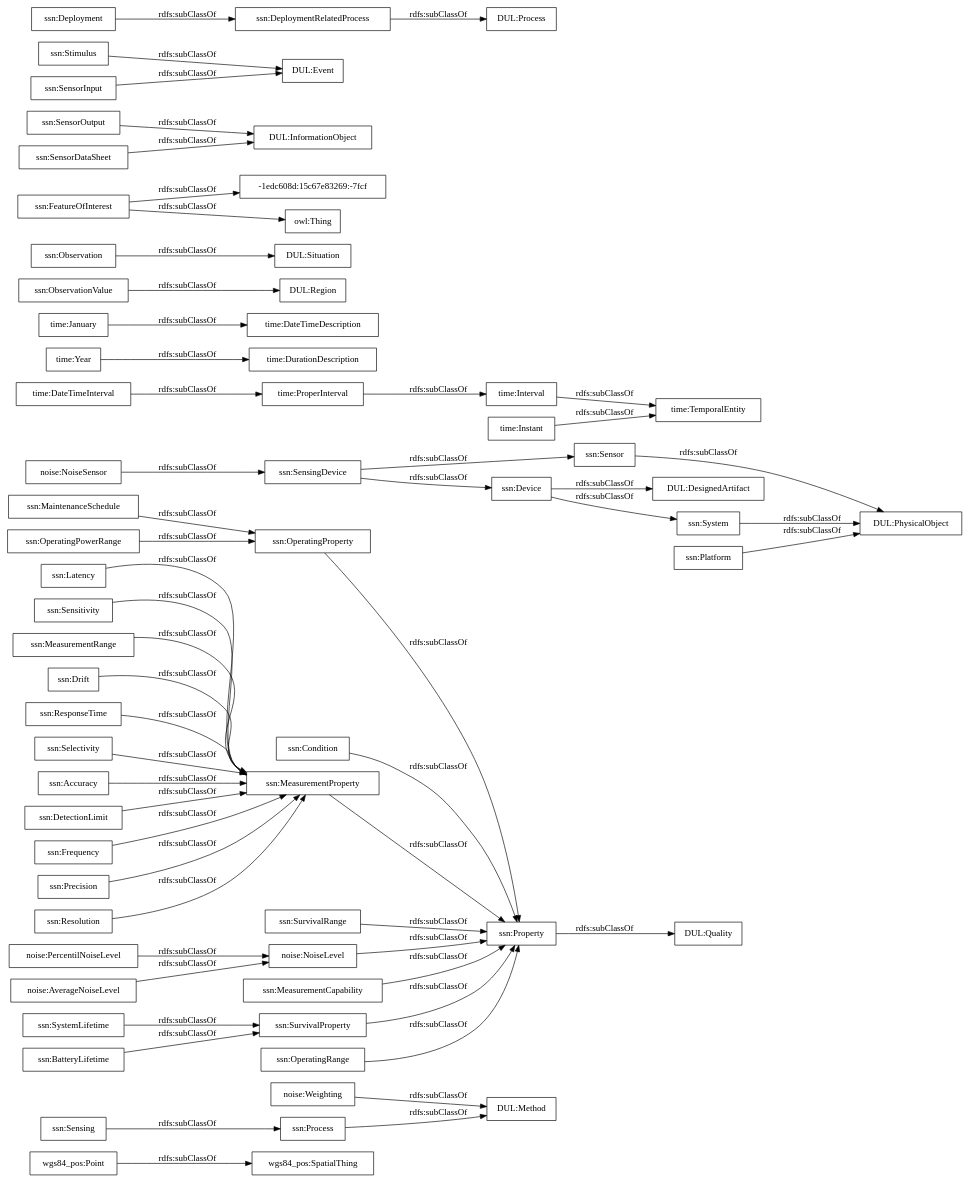
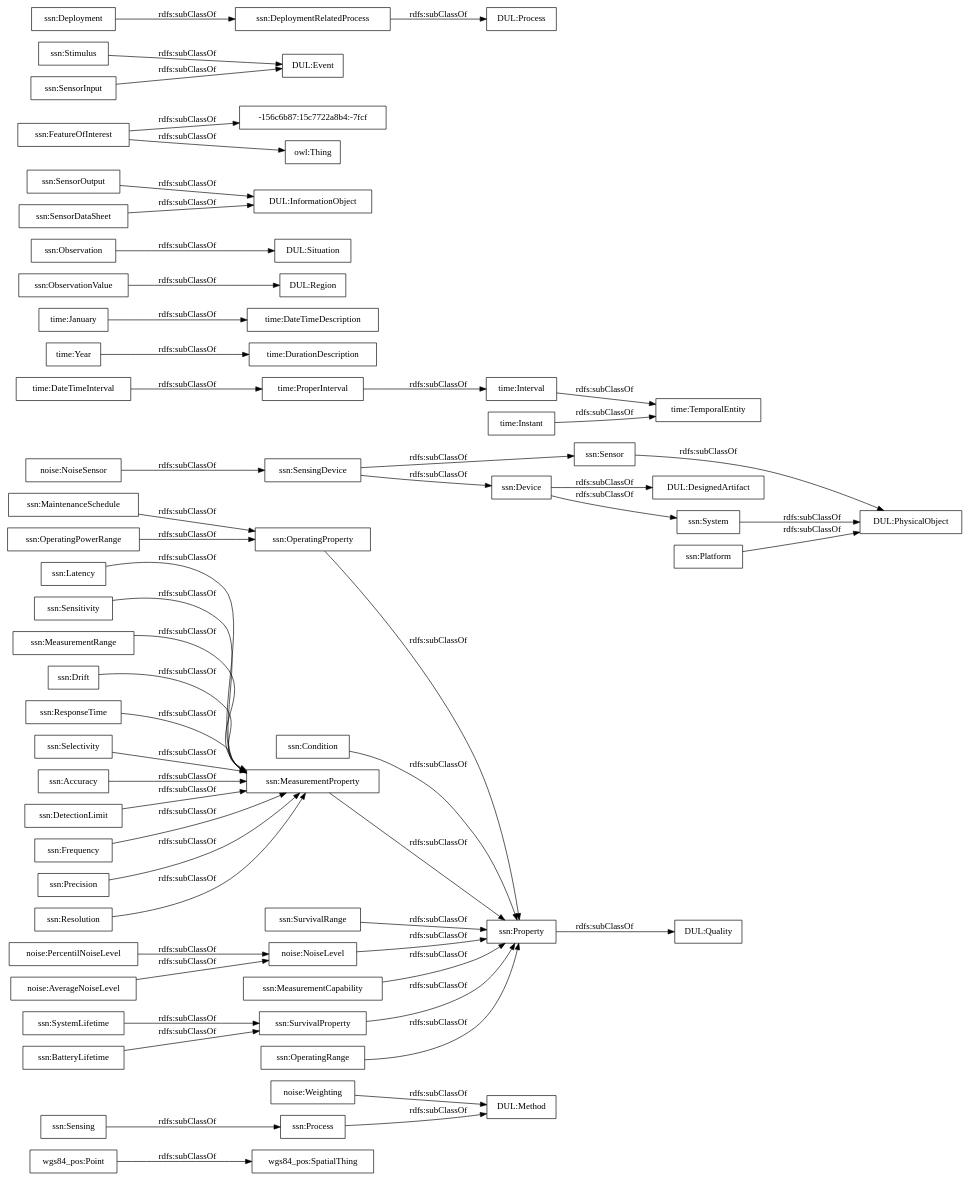
One commit to paoespinozarias/ContaminacionAcustica-Ontology changed the diagram in OnToology/contaminacion-acustica.owl/diagrams/ar2dtool-taxonomy/contaminacion-acustica.owl.png.dot. Above: the diagram before and after it, drawn with Graphviz. The commit also changed 6 other files, not shown here.

```diff
--- a/OnToology/contaminacion-acustica.owl/diagrams/ar2dtool-taxonomy/contaminacion-acustica.owl.png.dot
+++ b/OnToology/contaminacion-acustica.owl/diagrams/ar2dtool-taxonomy/contaminacion-acustica.owl.png.dot
@@ -1,60 +1,60 @@
 digraph ar2dtool_diagram { 
 rankdir=LR;
 size="1000"
-node [shape = rectangle, color="black"]; "wgs84_pos:SpatialThing" "wgs84_pos:Point" "noise:Weighting" "noise:PercentilNoiseLevel" "noise:NoiseSensor" "noise:NoiseLevel" "noise:AverageNoiseLevel" "time:DateTimeInterval" "time:DurationDescription" "time:January" "time:ProperInterval" "time:Interval" "time:TemporalEntity" "time:Year" "time:DateTimeDescription" "time:Instant" "ssn:Accuracy" "ssn:DetectionLimit" "ssn:Frequency" "ssn:Condition" "DUL:Region" "DUL:Situation" "DUL:PhysicalObject" "-1edc608d:15c67e83269:-7fcf" "ssn:SensorOutput" "ssn:Precision" "ssn:Resolution" "DUL:Quality" "ssn:FeatureOfInterest" "ssn:Sensor" "DUL:InformationObject" "ssn:OperatingProperty" "DUL:Event" "ssn:OperatingPowerRange" "DUL:Method" "ssn:MaintenanceSchedule" "ssn:Sensing" "ssn:Latency" "ssn:SurvivalRange" "ssn:SensingDevice" "DUL:DesignedArtifact" "ssn:Sensitivity" "ssn:Stimulus" "DUL:Process" "ssn:MeasurementRange" "ssn:System" "ssn:SystemLifetime" "ssn:Property" "ssn:MeasurementProperty" "ssn:Process" "ssn:Deployment" "ssn:MeasurementCapability" "ssn:BatteryLifetime" "ssn:Drift" "ssn:DeploymentRelatedProcess" "ssn:SensorInput" "ssn:ResponseTime" "ssn:ObservationValue" "ssn:SensorDataSheet" "ssn:Observation" "ssn:Selectivity" "ssn:SurvivalProperty" "ssn:Device" "ssn:OperatingRange" "ssn:Platform" ; /*classes style*/
+node [shape = rectangle, color="black"]; "wgs84_pos:SpatialThing" "wgs84_pos:Point" "noise:Weighting" "noise:PercentilNoiseLevel" "noise:NoiseSensor" "noise:NoiseLevel" "noise:AverageNoiseLevel" "time:DateTimeInterval" "time:DurationDescription" "time:January" "time:ProperInterval" "time:Interval" "time:TemporalEntity" "time:Year" "time:DateTimeDescription" "time:Instant" "ssn:Accuracy" "ssn:DetectionLimit" "ssn:Frequency" "ssn:Condition" "DUL:Region" "DUL:Situation" "DUL:PhysicalObject" "ssn:SensorOutput" "ssn:Precision" "ssn:Resolution" "DUL:Quality" "ssn:FeatureOfInterest" "ssn:Sensor" "DUL:InformationObject" "ssn:OperatingProperty" "DUL:Event" "ssn:OperatingPowerRange" "DUL:Method" "ssn:MaintenanceSchedule" "ssn:Sensing" "ssn:Latency" "ssn:SurvivalRange" "ssn:SensingDevice" "DUL:DesignedArtifact" "ssn:Sensitivity" "ssn:Stimulus" "DUL:Process" "ssn:MeasurementRange" "ssn:System" "ssn:SystemLifetime" "ssn:Property" "ssn:MeasurementProperty" "ssn:Process" "ssn:Deployment" "ssn:MeasurementCapability" "ssn:BatteryLifetime" "-156c6b87:15c7722a8b4:-7fcf" "ssn:Drift" "ssn:DeploymentRelatedProcess" "ssn:SensorInput" "ssn:ResponseTime" "ssn:ObservationValue" "ssn:SensorDataSheet" "ssn:Observation" "ssn:Selectivity" "ssn:SurvivalProperty" "ssn:Device" "ssn:OperatingRange" "ssn:Platform" ; /*classes style*/
 	"noise:AverageNoiseLevel" -> "noise:NoiseLevel" [ label = "rdfs:subClassOf" ];
 	"ssn:Deployment" -> "ssn:DeploymentRelatedProcess" [ label = "rdfs:subClassOf" ];
 	"ssn:SensingDevice" -> "ssn:Sensor" [ label = "rdfs:subClassOf" ];
 	"ssn:SensingDevice" -> "ssn:Device" [ label = "rdfs:subClassOf" ];
 	"ssn:DeploymentRelatedProcess" -> "DUL:Process" [ label = "rdfs:subClassOf" ];
 	"ssn:Accuracy" -> "ssn:MeasurementProperty" [ label = "rdfs:subClassOf" ];
 	"time:Instant" -> "time:TemporalEntity" [ label = "rdfs:subClassOf" ];
 	"ssn:FeatureOfInterest" -> "owl:Thing" [ label = "rdfs:subClassOf" ];
-	"ssn:FeatureOfInterest" -> "-1edc608d:15c67e83269:-7fcf" [ label = "rdfs:subClassOf" ];
+	"ssn:FeatureOfInterest" -> "-156c6b87:15c7722a8b4:-7fcf" [ label = "rdfs:subClassOf" ];
 	"ssn:Latency" -> "ssn:MeasurementProperty" [ label = "rdfs:subClassOf" ];
 	"ssn:Process" -> "DUL:Method" [ label = "rdfs:subClassOf" ];
 	"noise:Weighting" -> "DUL:Method" [ label = "rdfs:subClassOf" ];
 	"time:ProperInterval" -> "time:Interval" [ label = "rdfs:subClassOf" ];
 	"ssn:Property" -> "DUL:Quality" [ label = "rdfs:subClassOf" ];
 	"ssn:MeasurementProperty" -> "ssn:Property" [ label = "rdfs:subClassOf" ];
 	"wgs84_pos:Point" -> "wgs84_pos:SpatialThing" [ label = "rdfs:subClassOf" ];
 	"ssn:ResponseTime" -> "ssn:MeasurementProperty" [ label = "rdfs:subClassOf" ];
 	"ssn:OperatingRange" -> "ssn:Property" [ label = "rdfs:subClassOf" ];
 	"noise:NoiseLevel" -> "ssn:Property" [ label = "rdfs:subClassOf" ];
 	"ssn:MeasurementRange" -> "ssn:MeasurementProperty" [ label = "rdfs:subClassOf" ];
 	"ssn:Stimulus" -> "DUL:Event" [ label = "rdfs:subClassOf" ];
 	"ssn:SurvivalProperty" -> "ssn:Property" [ label = "rdfs:subClassOf" ];
 	"ssn:MaintenanceSchedule" -> "ssn:OperatingProperty" [ label = "rdfs:subClassOf" ];
 	"ssn:SensorInput" -> "DUL:Event" [ label = "rdfs:subClassOf" ];
 	"ssn:Sensitivity" -> "ssn:MeasurementProperty" [ label = "rdfs:subClassOf" ];
 	"ssn:Drift" -> "ssn:MeasurementProperty" [ label = "rdfs:subClassOf" ];
 	"ssn:System" -> "DUL:PhysicalObject" [ label = "rdfs:subClassOf" ];
 	"ssn:Resolution" -> "ssn:MeasurementProperty" [ label = "rdfs:subClassOf" ];
 	"ssn:Precision" -> "ssn:MeasurementProperty" [ label = "rdfs:subClassOf" ];
 	"noise:PercentilNoiseLevel" -> "noise:NoiseLevel" [ label = "rdfs:subClassOf" ];
 	"ssn:DetectionLimit" -> "ssn:MeasurementProperty" [ label = "rdfs:subClassOf" ];
 	"time:DateTimeInterval" -> "time:ProperInterval" [ label = "rdfs:subClassOf" ];
 	"ssn:Sensor" -> "DUL:PhysicalObject" [ label = "rdfs:subClassOf" ];
 	"ssn:SensorDataSheet" -> "DUL:InformationObject" [ label = "rdfs:subClassOf" ];
 	"ssn:OperatingPowerRange" -> "ssn:OperatingProperty" [ label = "rdfs:subClassOf" ];
 	"time:Interval" -> "time:TemporalEntity" [ label = "rdfs:subClassOf" ];
 	"noise:NoiseSensor" -> "ssn:SensingDevice" [ label = "rdfs:subClassOf" ];
 	"time:January" -> "time:DateTimeDescription" [ label = "rdfs:subClassOf" ];
 	"ssn:ObservationValue" -> "DUL:Region" [ label = "rdfs:subClassOf" ];
 	"ssn:Device" -> "DUL:DesignedArtifact" [ label = "rdfs:subClassOf" ];
 	"ssn:Device" -> "ssn:System" [ label = "rdfs:subClassOf" ];
 	"ssn:Platform" -> "DUL:PhysicalObject" [ label = "rdfs:subClassOf" ];
 	"time:Year" -> "time:DurationDescription" [ label = "rdfs:subClassOf" ];
 	"ssn:OperatingProperty" -> "ssn:Property" [ label = "rdfs:subClassOf" ];
 	"ssn:Selectivity" -> "ssn:MeasurementProperty" [ label = "rdfs:subClassOf" ];
 	"ssn:BatteryLifetime" -> "ssn:SurvivalProperty" [ label = "rdfs:subClassOf" ];
 	"ssn:Observation" -> "DUL:Situation" [ label = "rdfs:subClassOf" ];
 	"ssn:Sensing" -> "ssn:Process" [ label = "rdfs:subClassOf" ];
 	"ssn:SystemLifetime" -> "ssn:SurvivalProperty" [ label = "rdfs:subClassOf" ];
 	"ssn:SurvivalRange" -> "ssn:Property" [ label = "rdfs:subClassOf" ];
 	"ssn:Frequency" -> "ssn:MeasurementProperty" [ label = "rdfs:subClassOf" ];
 	"ssn:SensorOutput" -> "DUL:InformationObject" [ label = "rdfs:subClassOf" ];
 	"ssn:Condition" -> "ssn:Property" [ label = "rdfs:subClassOf" ];
 	"ssn:MeasurementCapability" -> "ssn:Property" [ label = "rdfs:subClassOf" ];
 
 }
```
